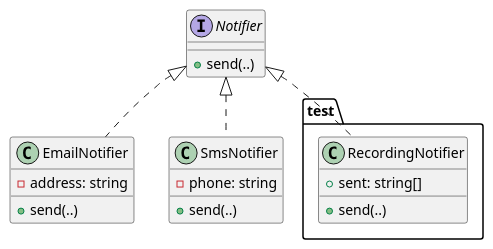
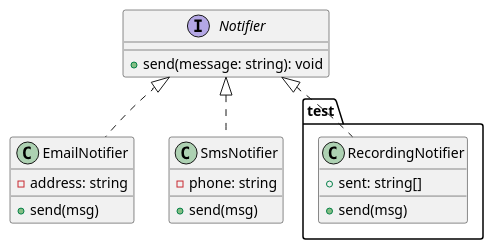
Before and after one commit to ubccpsc/210: the third of 5 diagrams in docs/part2/06_boundaries.md, drawn with PlantUML. The commit also changed other lines of this file and 5 other files, not shown here.

Commit message:
more diagram improvements; center diagrams (works locally, need to check with 210 prefix)

````diff
--- a/docs/part2/06_boundaries.md
+++ b/docs/part2/06_boundaries.md
@@ -208,22 +208,22 @@
 ```plantuml
 @startuml
 
 interface Notifier
 
 Notifier <|.. EmailNotifier
 Notifier <|.. SmsNotifier
 
-Notifier : +send(..)
+Notifier : +send(message: string): void
 EmailNotifier : -address: string
-EmailNotifier : +send(..)
+EmailNotifier : +send(msg)
 SmsNotifier : -phone: string
-SmsNotifier : +send(..)
+SmsNotifier : +send(msg)
 
 package test {
     Notifier <|.. RecordingNotifier
     RecordingNotifier : +sent: string[]
-    RecordingNotifier : +send(..)
+    RecordingNotifier : +send(msg)
 }
 
 @enduml
 ```
````
